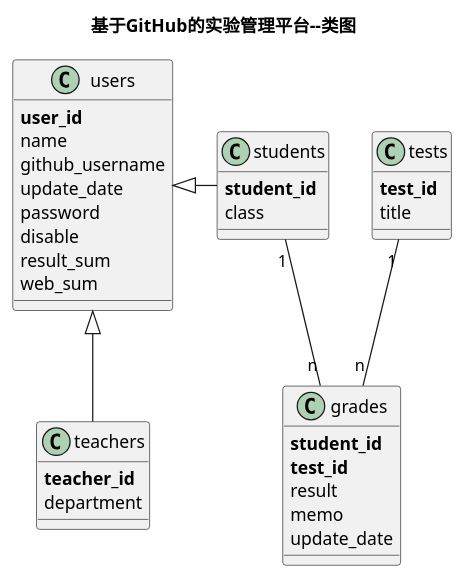
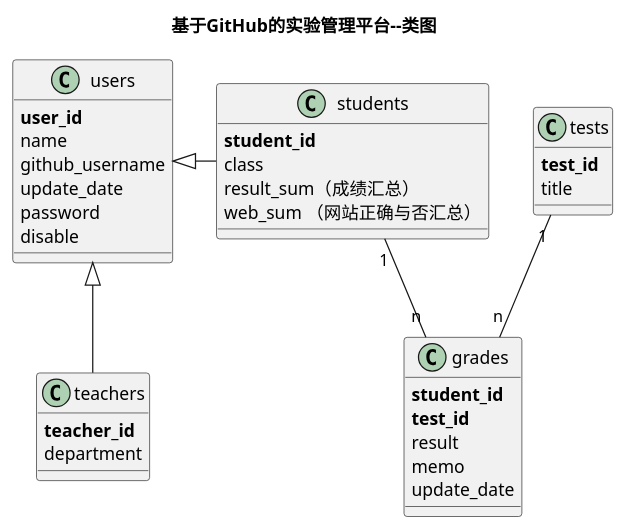
One commit to ylfagh/is_analysis-1 changed the diagram in 项目/实验平台/doc/class.puml. Above: the diagram before and after it, drawn with PlantUML.

Commit message:
version2

```diff
--- a/项目/实验平台/doc/class.puml
+++ b/项目/实验平台/doc/class.puml
@@ -1,40 +1,40 @@
 @startuml
 title 基于GitHub的实验管理平台--类图
 class users {
     <b>user_id</b>
     name
     github_username
     update_date
     password
     disable
-    result_sum
-    web_sum
 }
 class teachers{
     <b>teacher_id</b>
     department
 }
 class students{
     <b>student_id</b>
     class
+    result_sum（成绩汇总）
+    web_sum （网站正确与否汇总）
 }
 users <|- students
 users <|-- teachers
 class grades {
     <b>student_id</b>
     <b>test_id</b>
     result
     memo
     update_date
 }
 
 class tests {
     <b>test_id</b>
     title
 }
 
 students "1" -- "n"  grades
 tests "1" -- "n"  grades
 
 
 @enduml
```
